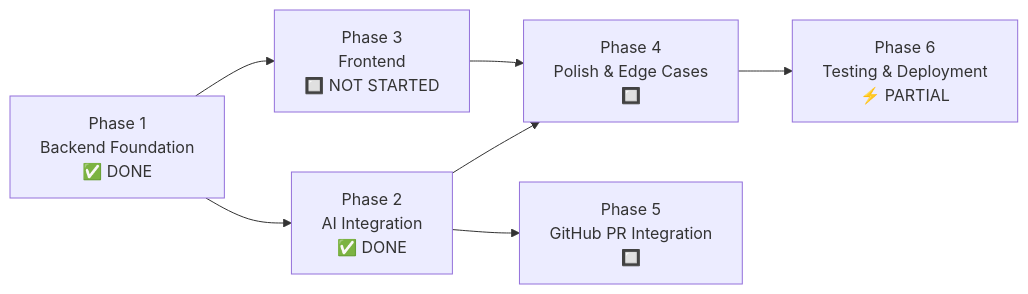
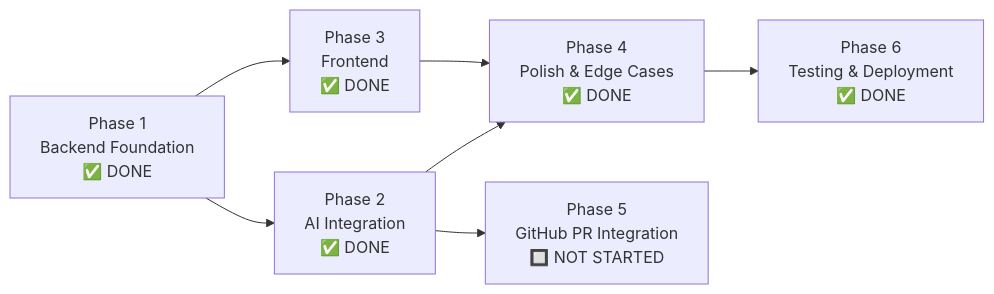
Before and after one commit to chandan942/ai-review-system: the diagram in docs/DEVELOPMENT.md, drawn with Mermaid. The commit also changed other lines of this file and 2 other files, not shown here.

First line of the commit message:
docs: update README, ARCHITECTURE, and DEVELOPMENT to reflect full-stack completion and production readiness

````diff
--- a/docs/DEVELOPMENT.md
+++ b/docs/DEVELOPMENT.md
@@ -27,16 +27,16 @@
 ```mermaid
 graph LR
     P1["Phase 1<br/>Backend Foundation<br/>✅ DONE"]
     P2["Phase 2<br/>AI Integration<br/>✅ DONE"]
-    P3["Phase 3<br/>Frontend<br/>🔲 NOT STARTED"]
-    P4["Phase 4<br/>Polish & Edge Cases<br/>🔲"]
-    P5["Phase 5<br/>GitHub PR Integration<br/>🔲"]
-    P6["Phase 6<br/>Testing & Deployment<br/>⚡ PARTIAL"]
+    P3["Phase 3<br/>Frontend<br/>✅ DONE"]
+    P4["Phase 4<br/>Polish & Edge Cases<br/>✅ DONE"]
+    P5["Phase 5<br/>GitHub PR Integration<br/>🔲 NOT STARTED"]
+    P6["Phase 6<br/>Testing & Deployment<br/>✅ DONE"]
 
     P1 --> P2
     P1 --> P3
     P2 --> P4
     P3 --> P4
     P2 --> P5
     P4 --> P6
 ```
````
